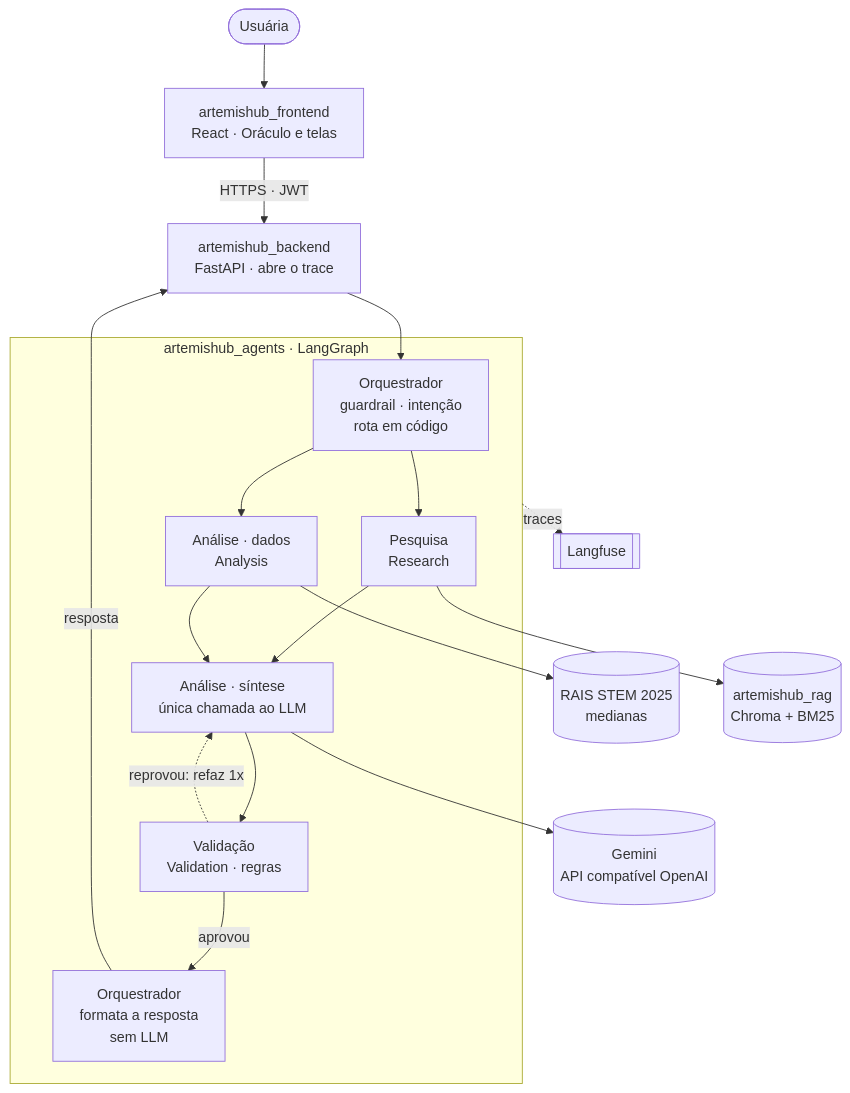
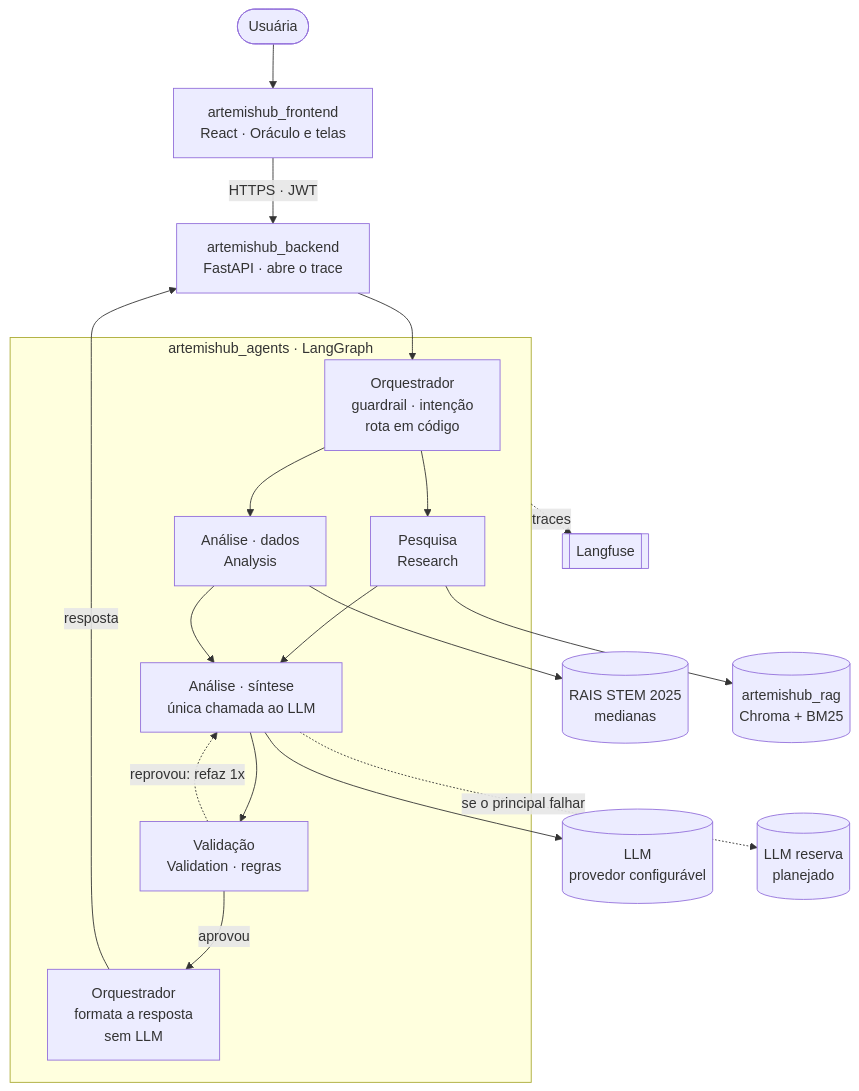
Before and after one commit to ArtemisHubApp/artemishub_docs: the first of 2 diagrams in docs/arquitetura/multiagentes.md, drawn with Mermaid. The commit also changed other lines of this file and 3 other files, not shown here.

Commit message:
docs: diagramas com LLM configurável e reserva planejado (#38)

````diff
--- a/docs/arquitetura/multiagentes.md
+++ b/docs/arquitetura/multiagentes.md
@@ -17,22 +17,23 @@
 ```mermaid
 flowchart TB
     U([Usuária]) --> FE[artemishub_frontend<br/>React · Oráculo e telas]
     FE -- HTTPS · JWT --> BE[artemishub_backend<br/>FastAPI · abre o trace]
 
     subgraph GRAFO["artemishub_agents · LangGraph"]
         ORQ[Orquestrador<br/>guardrail · intenção<br/>rota em código] --> DIR[Pesquisa<br/>Research]
         ORQ --> DAD[Análise · dados<br/>Analysis]
         DIR --> SIN[Análise · síntese<br/>única chamada ao LLM]
         DAD --> SIN
         SIN --> VAL[Validação<br/>Validation · regras]
         VAL -. reprovou: refaz 1x .-> SIN
         VAL -- aprovou --> FMT[Orquestrador<br/>formata a resposta<br/>sem LLM]
     end
 
     BE --> ORQ
     FMT -- resposta --> BE
     DAD --> RAIS[(RAIS STEM 2025<br/>medianas)]
     DIR --> RAG[(artemishub_rag<br/>Chroma + BM25)]
-    SIN --> LLM[(Gemini<br/>API compatível OpenAI)]
+    SIN --> LLM[(LLM<br/>provedor configurável)]
+    SIN -. se o principal falhar .-> RES[(LLM reserva<br/>planejado)]
     GRAFO -. traces .-> LF[[Langfuse]]
 ```
````
